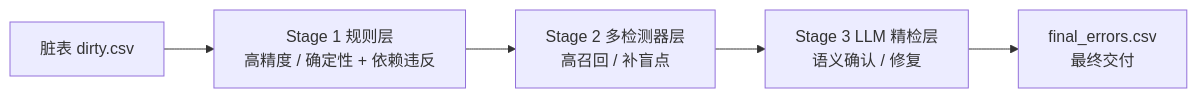
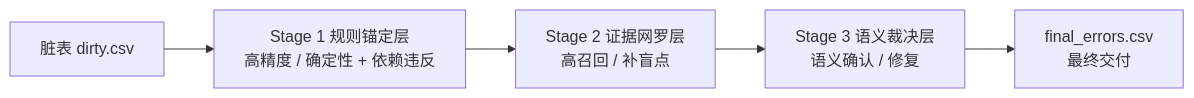
Before and after one commit to 1993371829/error_detect: the second of 3 diagrams in PIPELINE.md, drawn with Mermaid. The commit also changed other lines of this file and 34 other files, not shown here.

````diff
--- a/PIPELINE.md
+++ b/PIPELINE.md
@@ -88,7 +98,7 @@
 ```mermaid
 flowchart LR
-    IN["脏表 dirty.csv"] --> S1["Stage 1 规则层<br/>高精度 / 确定性 + 依赖违反"]
-    S1 --> S2["Stage 2 多检测器层<br/>高召回 / 补盲点"]
-    S2 --> S3["Stage 3 LLM 精检层<br/>语义确认 / 修复"]
+    IN["脏表 dirty.csv"] --> S1["Stage 1 规则锚定层<br/>高精度 / 确定性 + 依赖违反"]
+    S1 --> S2["Stage 2 证据网罗层<br/>高召回 / 补盲点"]
+    S2 --> S3["Stage 3 语义裁决层<br/>语义确认 / 修复"]
     S3 --> OUT["final_errors.csv<br/>最终交付"]
 ```
````
